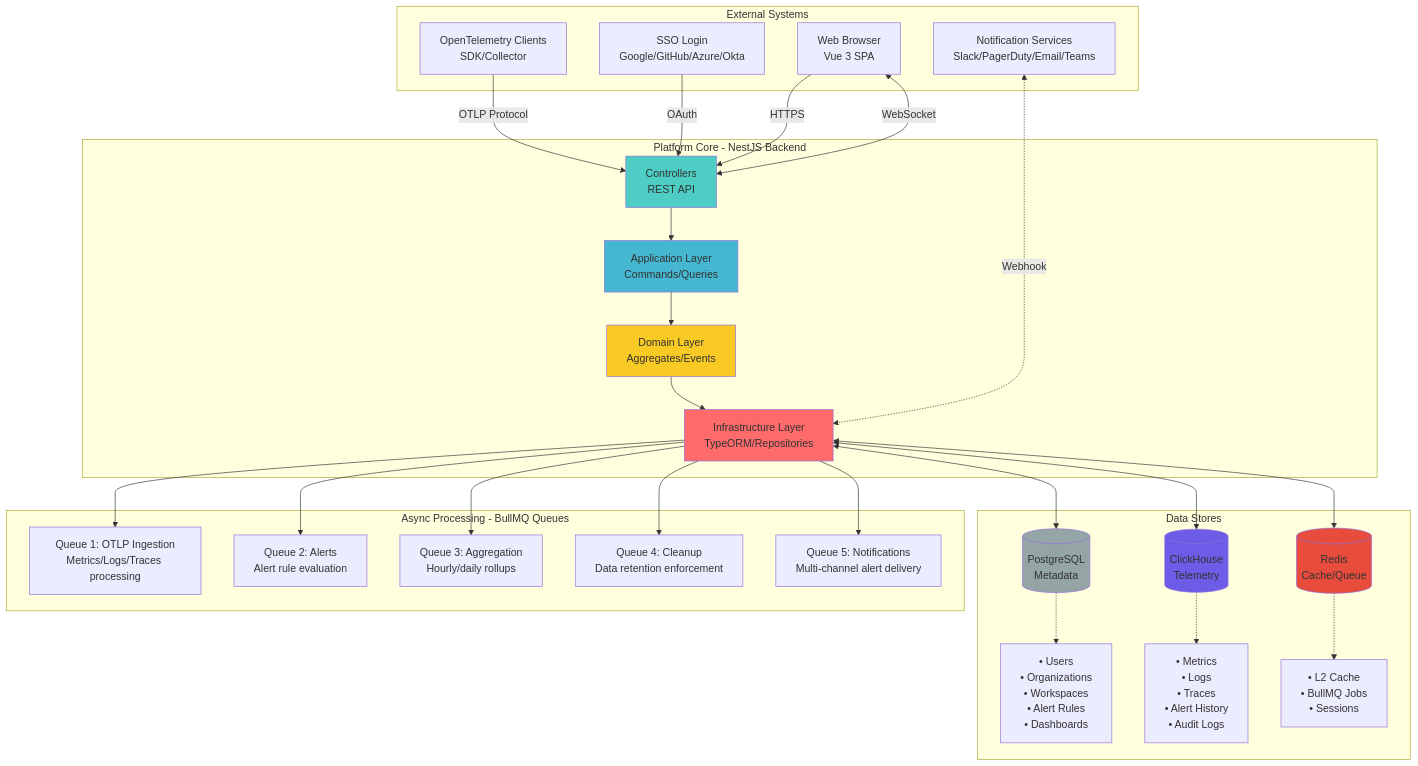
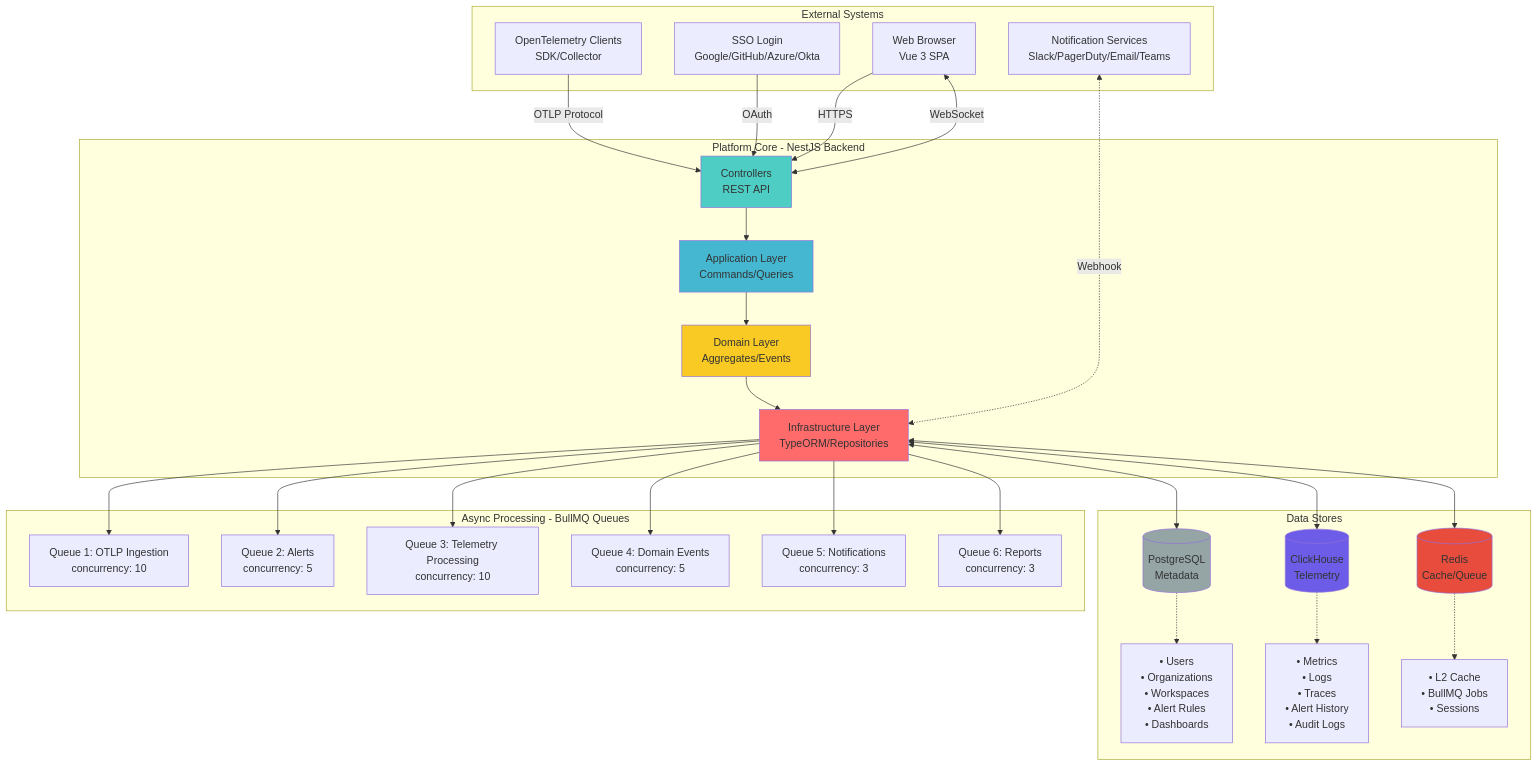
Before and after one commit to telemetryflow/telemetryflow-overview: the first of 14 diagrams in architecture/01-SYSTEM-ARCHITECTURE.md, drawn with Mermaid. The commit also changed other lines of this file and 68 other files, not shown here.

````diff
--- a/architecture/01-SYSTEM-ARCHITECTURE.md
+++ b/architecture/01-SYSTEM-ARCHITECTURE.md
@@ -25,66 +25,68 @@
 ```mermaid
 graph TB
     subgraph "External Systems"
         OTLP[OpenTelemetry Clients<br/>SDK/Collector]
         SSO[SSO Login<br/>Google/GitHub/Azure/Okta]
         Browser[Web Browser<br/>Vue 3 SPA]
         Notif[Notification Services<br/>Slack/PagerDuty/Email/Teams]
     end
 
     subgraph "Platform Core - NestJS Backend"
         Controllers[Controllers<br/>REST API]
         AppLayer[Application Layer<br/>Commands/Queries]
         DomainLayer[Domain Layer<br/>Aggregates/Events]
         InfraLayer[Infrastructure Layer<br/>TypeORM/Repositories]
 
         Controllers --> AppLayer
         AppLayer --> DomainLayer
         DomainLayer --> InfraLayer
     end
 
     subgraph "Data Stores"
         PG[(PostgreSQL<br/>Metadata)]
         CH[(ClickHouse<br/>Telemetry)]
         Redis[(Redis<br/>Cache/Queue)]
 
         PGData[• Users<br/>• Organizations<br/>• Workspaces<br/>• Alert Rules<br/>• Dashboards]
         CHData[• Metrics<br/>• Logs<br/>• Traces<br/>• Alert History<br/>• Audit Logs]
         RedisData[• L2 Cache<br/>• BullMQ Jobs<br/>• Sessions]
 
         PG -.-> PGData
         CH -.-> CHData
         Redis -.-> RedisData
     end
 
     subgraph "Async Processing - BullMQ Queues"
-        Q1[Queue 1: OTLP Ingestion<br/>Metrics/Logs/Traces processing]
-        Q2[Queue 2: Alerts<br/>Alert rule evaluation]
-        Q3[Queue 3: Aggregation<br/>Hourly/daily rollups]
-        Q4[Queue 4: Cleanup<br/>Data retention enforcement]
-        Q5[Queue 5: Notifications<br/>Multi-channel alert delivery]
+        Q1[Queue 1: OTLP Ingestion<br/>concurrency: 10]
+        Q2[Queue 2: Alerts<br/>concurrency: 5]
+        Q3[Queue 3: Telemetry Processing<br/>concurrency: 10]
+        Q4[Queue 4: Domain Events<br/>concurrency: 5]
+        Q5[Queue 5: Notifications<br/>concurrency: 3]
+        Q6[Queue 6: Reports<br/>concurrency: 3]
     end
 
     OTLP -->|OTLP Protocol| Controllers
     SSO -->|OAuth| Controllers
     Browser -->|HTTPS| Controllers
     Browser <-->|WebSocket| Controllers
     Notif <-.->|Webhook| InfraLayer
 
     InfraLayer <--> PG
     InfraLayer <--> CH
     InfraLayer <--> Redis
 
     InfraLayer --> Q1
     InfraLayer --> Q2
     InfraLayer --> Q3
     InfraLayer --> Q4
     InfraLayer --> Q5
+    InfraLayer --> Q6
 
     style Controllers fill:#4ecdc4
     style AppLayer fill:#45b7d1
     style DomainLayer fill:#f9ca24
     style InfraLayer fill:#ff6b6b
     style PG fill:#95a5a6
     style CH fill:#6c5ce7
     style Redis fill:#e74c3c
 ```
````
